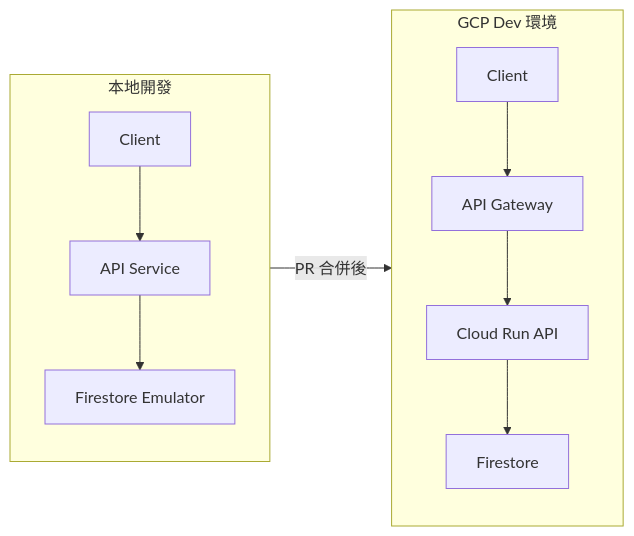
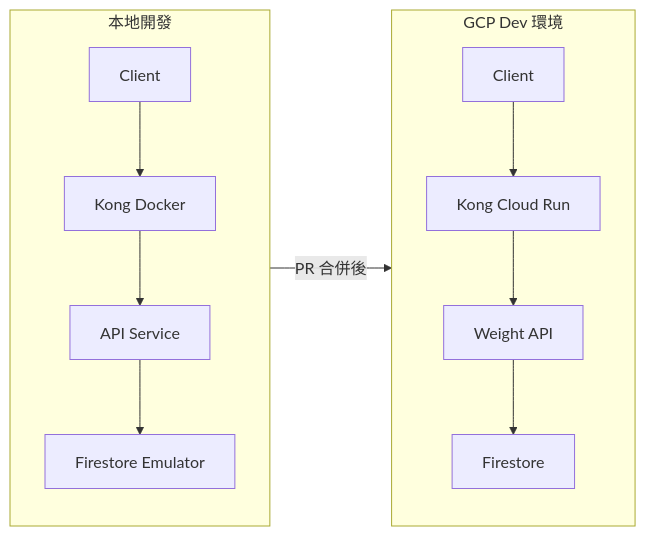
Before and after one commit to ap9035/baby_weight_recorder: the tenth of 11 diagrams in docs/baby_weight_recorder-spec.md, drawn with Mermaid. The commit also changed other lines of this file and 12 other files, not shown here.

First line of the commit message:
refactor: 改用 Kong Gateway 替代 GCP API Gateway

````diff
--- a/docs/baby_weight_recorder-spec.md
+++ b/docs/baby_weight_recorder-spec.md
@@ -1631,15 +1723,16 @@
 ```mermaid
 flowchart LR
     subgraph Local[本地開發]
-        C1[Client] --> API1[API Service]
+        C1[Client] --> Kong1[Kong Docker]
+        Kong1 --> API1[API Service]
         API1 --> FS1[Firestore Emulator]
     end
     
     subgraph GCPDev[GCP Dev 環境]
-        C2[Client] --> GW[API Gateway]
-        GW --> API2[Cloud Run API]
+        C2[Client] --> Kong2[Kong Cloud Run]
+        Kong2 --> API2[Weight API]
         API2 --> FS2[Firestore]
     end
     
     Local -->|PR 合併後| GCPDev
 ```
````
